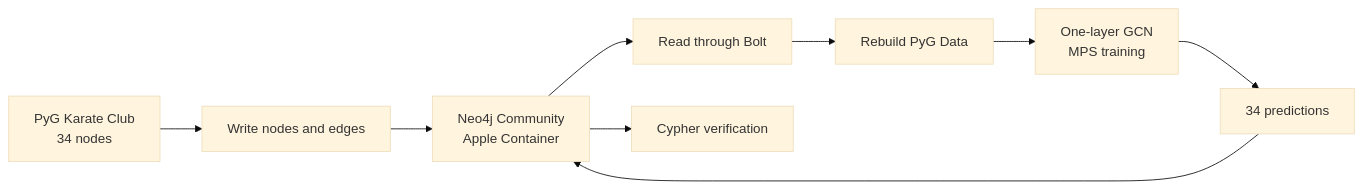
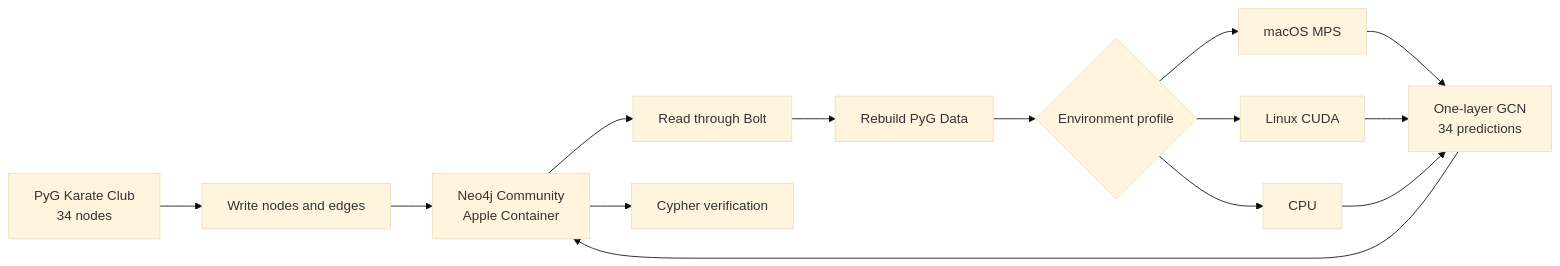
The diagram in docs/06-validation/minimal-local-poc.md (gh-andirdju/ml), drawn with Mermaid (base theme) before and after one commit. The commit also changed other lines of this file and 14 other files, not shown here.

````diff
--- a/docs/06-validation/minimal-local-poc.md
+++ b/docs/06-validation/minimal-local-poc.md
@@ -25,11 +25,16 @@
 ```mermaid
 flowchart LR
     dataset[PyG Karate Club<br/>34 nodes] --> write[Write nodes and edges]
     write --> neo[Neo4j Community<br/>Apple Container]
     neo --> read[Read through Bolt]
     read --> data[Rebuild PyG Data]
-    data --> mps[One-layer GCN<br/>MPS training]
-    mps --> result[34 predictions]
+    data --> choose{Environment profile}
+    choose --> mps[macOS MPS]
+    choose --> cuda[Linux CUDA]
+    choose --> cpu[CPU]
+    mps --> result[One-layer GCN<br/>34 predictions]
+    cuda --> result
+    cpu --> result
     result --> neo
     neo --> verify[Cypher verification]
 ```
````
